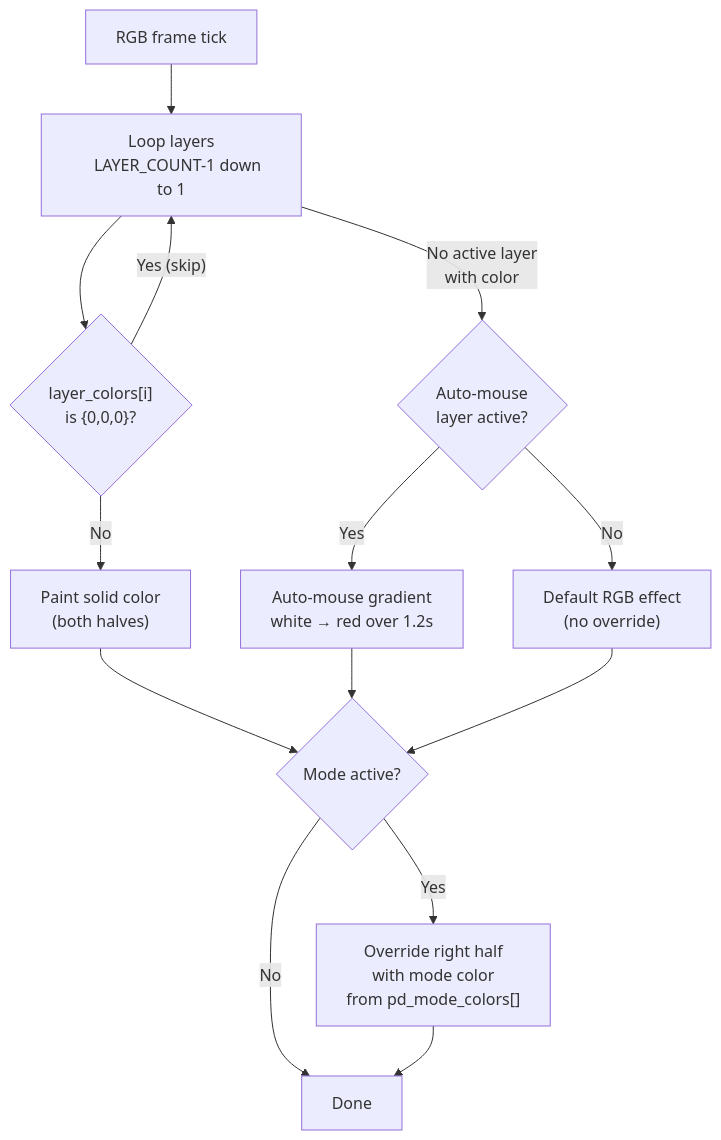
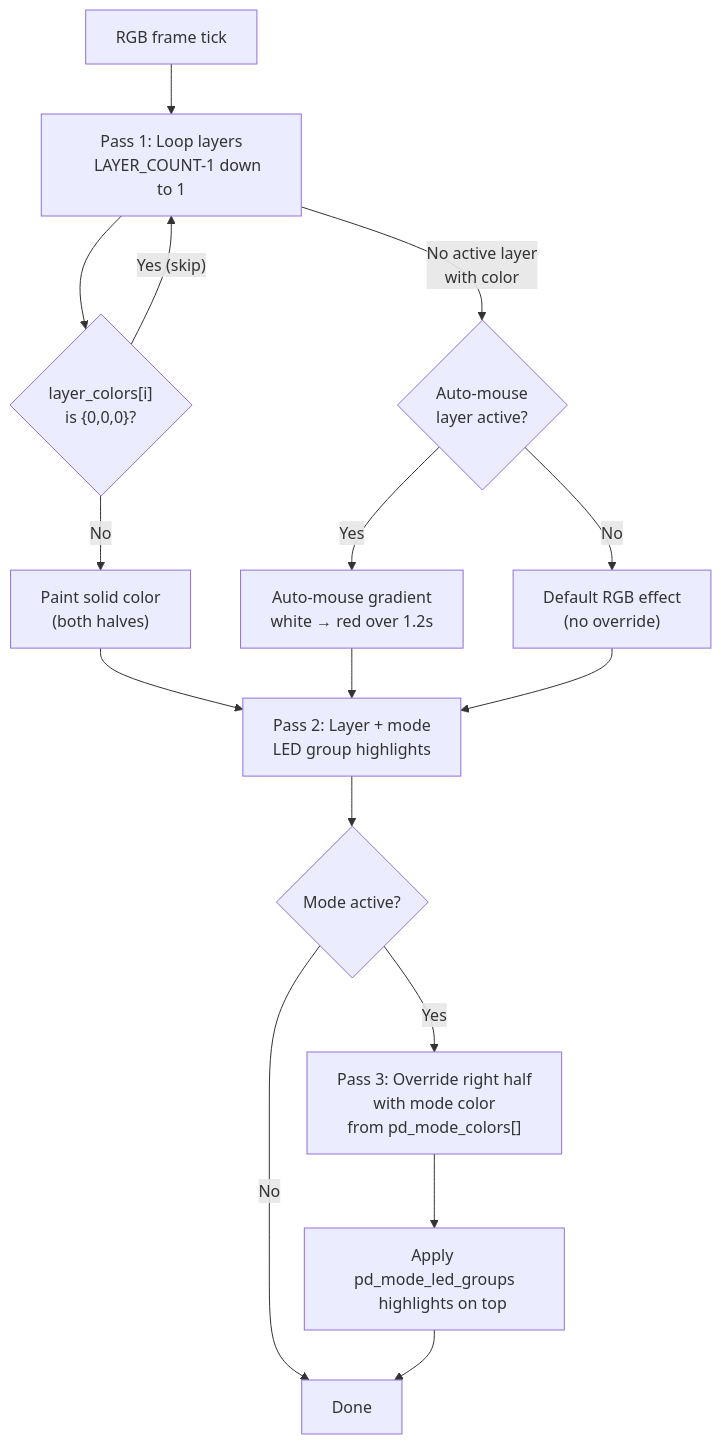
The fifth of 7 diagrams in DIAGRAMS.md (NoahCLR/charybdis-4x6), drawn with Mermaid before and after one commit. The commit also changed other lines of this file and 5 other files, not shown here.

Commit message:
Refactor documentation and update multi-tap action handling: enhance diagrams, README, and internals for clarity; remove tap dance references from VIA layout script.

````diff
--- a/DIAGRAMS.md
+++ b/DIAGRAMS.md
@@ -156,29 +165,34 @@
 ```mermaid
 flowchart TD
-    A[RGB frame tick] --> B["Loop layers
+    A[RGB frame tick] --> B["Pass 1: Loop layers
     LAYER_COUNT-1 down to 1"]
 
     B --> C{"layer_colors[i]
     is {0,0,0}?"}
     C -- "Yes (skip)" --> B
     C -- No --> D["Paint solid color
     (both halves)"]
 
     B -- "No active layer
     with color" --> E{Auto-mouse
     layer active?}
     E -- Yes --> F["Auto-mouse gradient
     white → red over 1.2s"]
     E -- No --> G["Default RGB effect
     (no override)"]
 
-    D --> H{Mode active?}
-    F --> H
-    G --> H
+    D --> LG
+    F --> LG
+    G --> LG
 
-    H -- Yes --> I["Override right half
+    LG["Pass 2: Layer + mode
+    LED group highlights"] --> H{Mode active?}
+
+    H -- Yes --> I["Pass 3: Override right half
     with mode color
     from pd_mode_colors[]"]
+    I --> I2["Apply pd_mode_led_groups
+    highlights on top"]
     H -- No --> J[Done]
-    I --> J
+    I2 --> J
 ```
````
